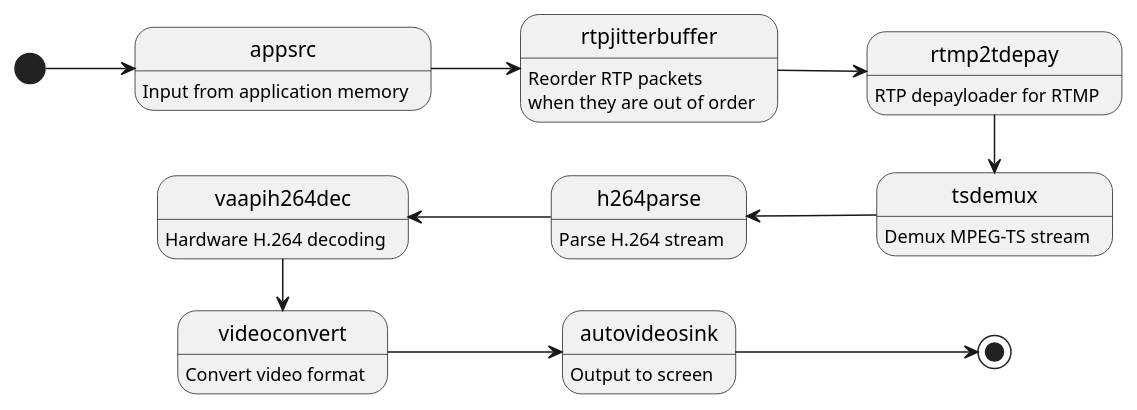
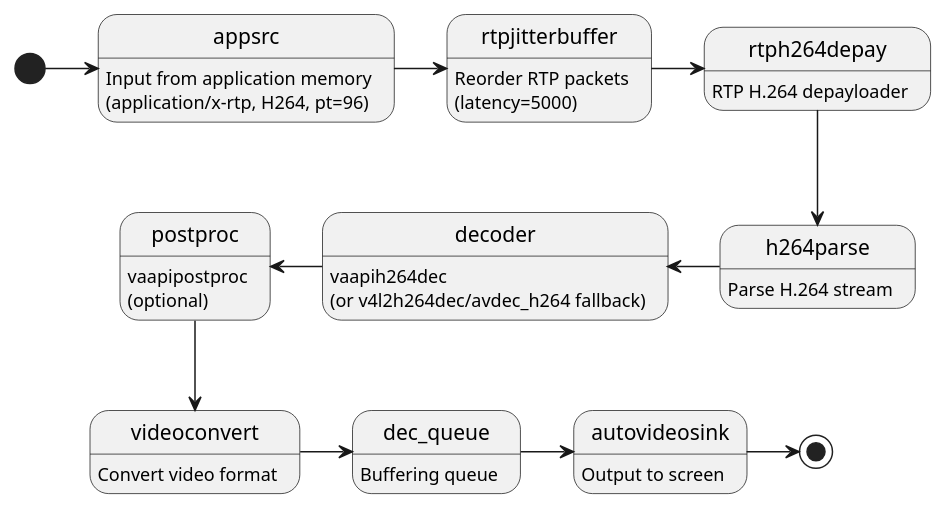
Before and after one commit to Luxuride/distributed-video-streaming-platform-thesis: the diagram in renderer-pipeline.puml, drawn with PlantUML. The commit also changed 3 other files, not shown here.

Commit message:
Update diagrams

```diff
--- a/renderer-pipeline.puml
+++ b/renderer-pipeline.puml
@@ -1,20 +1,22 @@
 @startuml
-left to right direction
-[*] --> appsrc
-appsrc: Input from application memory
-appsrc --> rtpjitterbuffer
-rtpjitterbuffer: Reorder RTP packets\nwhen they are out of order
-rtpjitterbuffer --> rtmp2tdepay
-rtmp2tdepay: RTP depayloader for RTMP
-rtmp2tdepay -right-> tsdemux
-tsdemux: Demux MPEG-TS stream
-tsdemux -up-> h264parse
+top to bottom direction
+appsrc: Input from application memory\n(application/x-rtp, H264, pt=96)
+rtpjitterbuffer: Reorder RTP packets\n(latency=5000)
 h264parse: Parse H.264 stream
-h264parse -up-> vaapih264dec
-vaapih264dec: Hardware H.264 decoding
-vaapih264dec -right-> videoconvert
+rtph264depay: RTP H.264 depayloader
+decoder: vaapih264dec\n(or v4l2h264dec/avdec_h264 fallback)
+postproc: vaapipostproc\n(optional)
 videoconvert: Convert video format
-videoconvert --> autovideosink
+dec_queue: Buffering queue
 autovideosink: Output to screen
-autovideosink --> [*]
+[*] -right-> appsrc
+appsrc -right-> rtpjitterbuffer
+rtpjitterbuffer -right-> rtph264depay
+rtph264depay -down-> h264parse
+h264parse -left-> decoder
+decoder -left-> postproc
+postproc -down-> videoconvert
+videoconvert -right-> dec_queue
+dec_queue -right-> autovideosink
+autovideosink -right-> [*]
 @enduml
```
